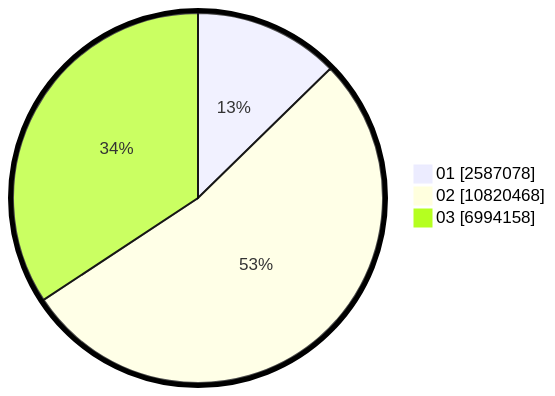
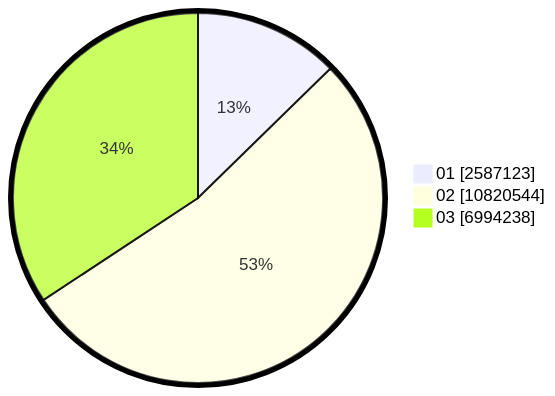
One commit to gigit-pemilu/pemilu-2024 changed the second of 2 diagrams in pilpres/hitung-suara/sub/table-wilayah-33.md. Above: the diagram before and after it, drawn with Mermaid. The commit also changed other lines of this file and 8 other files, not shown here.

````diff
--- a/pilpres/hitung-suara/sub/table-wilayah-33.md
+++ b/pilpres/hitung-suara/sub/table-wilayah-33.md
@@ -15,7 +15,7 @@
 ```mermaid
 %%{init: {"pie": {"textPosition": 0.5}, "themeVariables": {"pieOuterStrokeWidth": "5px"}} }%%
 pie showData
-    "01" : 2587078
-    "02" : 10820468
-    "03" : 6994158
+    "01" : 2587123
+    "02" : 10820544
+    "03" : 6994238
 ```
````
